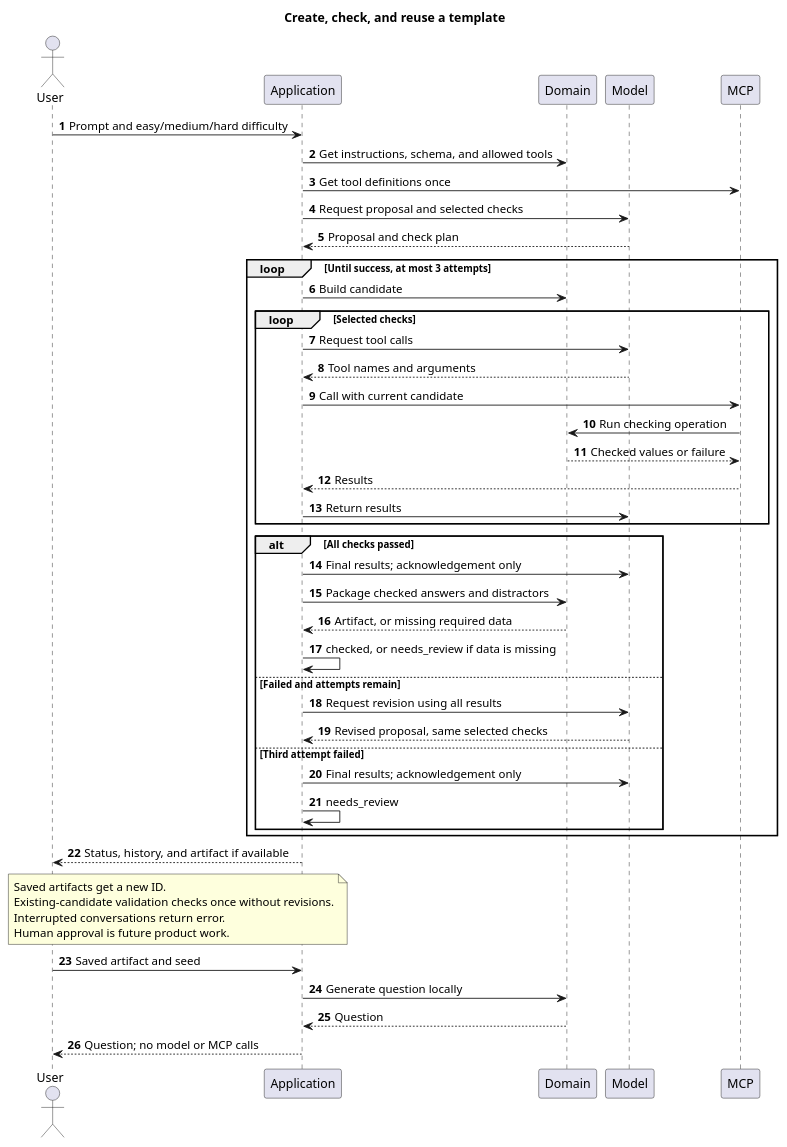
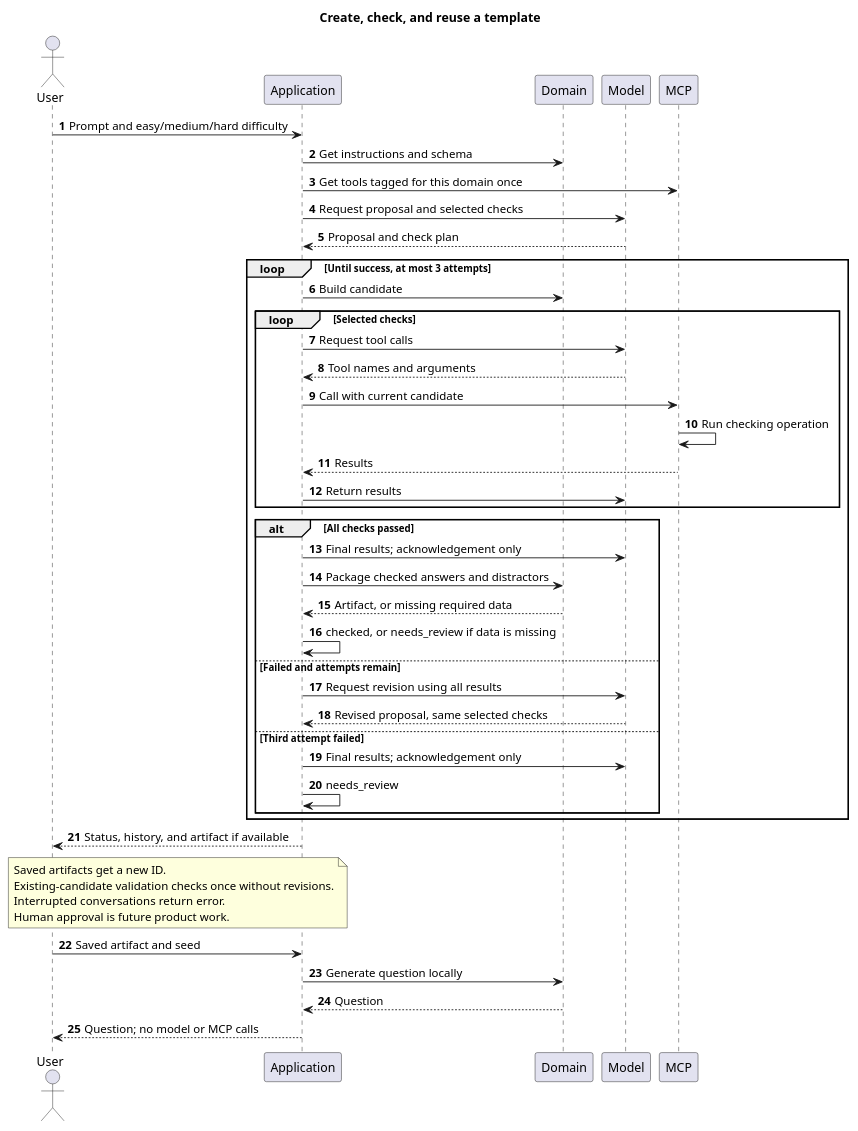
One commit to edcraft-org/ai changed the diagram in docs/question-generation/generate-template.puml. Above: the diagram before and after it, drawn with PlantUML. The commit also changed 30 other files, not shown here.

Commit message:
refactor: own checking tools in MCP and discover them by domain tags

```diff
--- a/docs/question-generation/generate-template.puml
+++ b/docs/question-generation/generate-template.puml
@@ -1,53 +1,52 @@
 @startuml TemplateGeneration
 title Create, check, and reuse a template
 autonumber
 actor User
 participant Application as App
 participant Domain
 participant Model
 participant MCP
 
 User -> App: Prompt and easy/medium/hard difficulty
-App -> Domain: Get instructions, schema, and allowed tools
-App -> MCP: Get tool definitions once
+App -> Domain: Get instructions and schema
+App -> MCP: Get tools tagged for this domain once
 App -> Model: Request proposal and selected checks
 Model --> App: Proposal and check plan
 
 loop Until success, at most 3 attempts
     App -> Domain: Build candidate
     loop Selected checks
         App -> Model: Request tool calls
         Model --> App: Tool names and arguments
         App -> MCP: Call with current candidate
-        MCP -> Domain: Run checking operation
-        Domain --> MCP: Checked values or failure
+        MCP -> MCP: Run checking operation
         MCP --> App: Results
         App -> Model: Return results
     end
     alt All checks passed
         App -> Model: Final results; acknowledgement only
         App -> Domain: Package checked answers and distractors
         Domain --> App: Artifact, or missing required data
         App -> App: checked, or needs_review if data is missing
     else Failed and attempts remain
         App -> Model: Request revision using all results
         Model --> App: Revised proposal, same selected checks
     else Third attempt failed
         App -> Model: Final results; acknowledgement only
         App -> App: needs_review
     end
 end
 App --> User: Status, history, and artifact if available
 
 note over App, User
 Saved artifacts get a new ID.
 Existing-candidate validation checks once without revisions.
 Interrupted conversations return error.
 Human approval is future product work.
 end note
 
 User -> App: Saved artifact and seed
 App -> Domain: Generate question locally
 Domain --> App: Question
 App --> User: Question; no model or MCP calls
 @enduml
```
